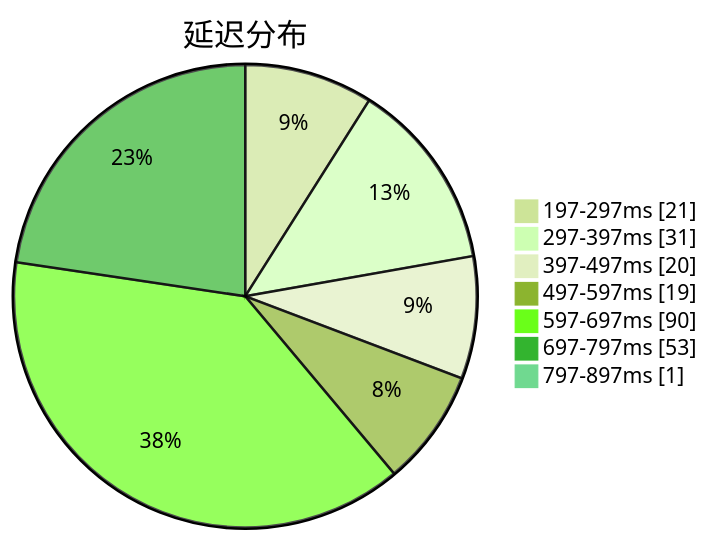
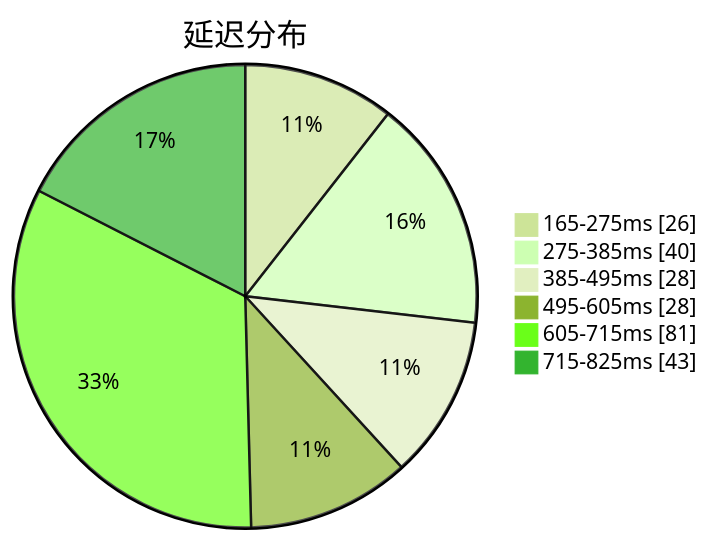
One commit to qjlxg/airport changed the first of 3 diagrams in subs/statistics/tested_within.md. Above: the diagram before and after it, drawn with Mermaid (forest theme). The commit also changed other lines of this file and 2 other files, not shown here.

Commit message:
Tested by metaST

````diff
--- a/subs/statistics/tested_within.md
+++ b/subs/statistics/tested_within.md
@@ -2,11 +2,10 @@
 ```mermaid
 pie showData
 title 延迟分布
-"197-297ms" : 21
-"297-397ms" : 31
-"397-497ms" : 20
-"497-597ms" : 19
-"597-697ms" : 90
-"697-797ms" : 53
-"797-897ms" : 1
+"165-275ms" : 26
+"275-385ms" : 40
+"385-495ms" : 28
+"495-605ms" : 28
+"605-715ms" : 81
+"715-825ms" : 43
 ```
````
